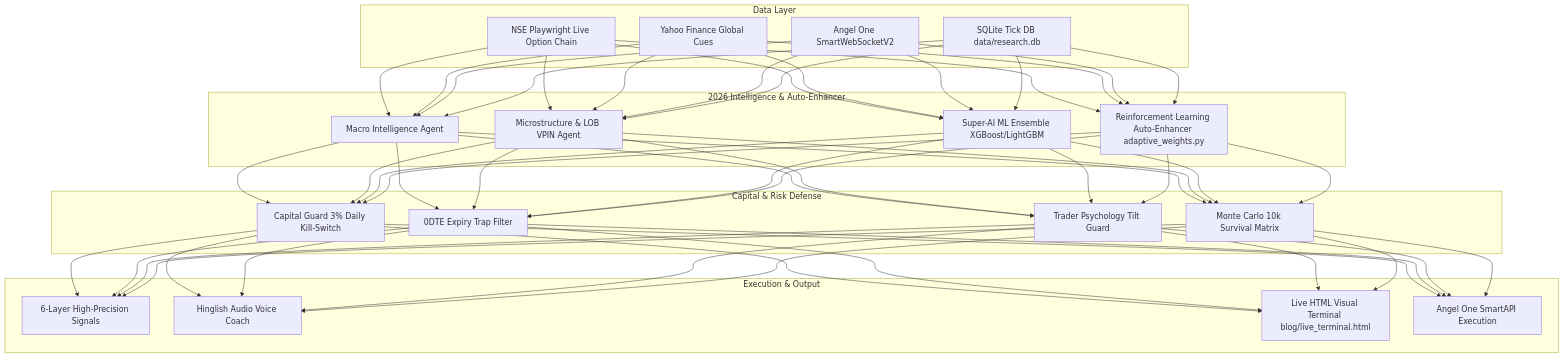
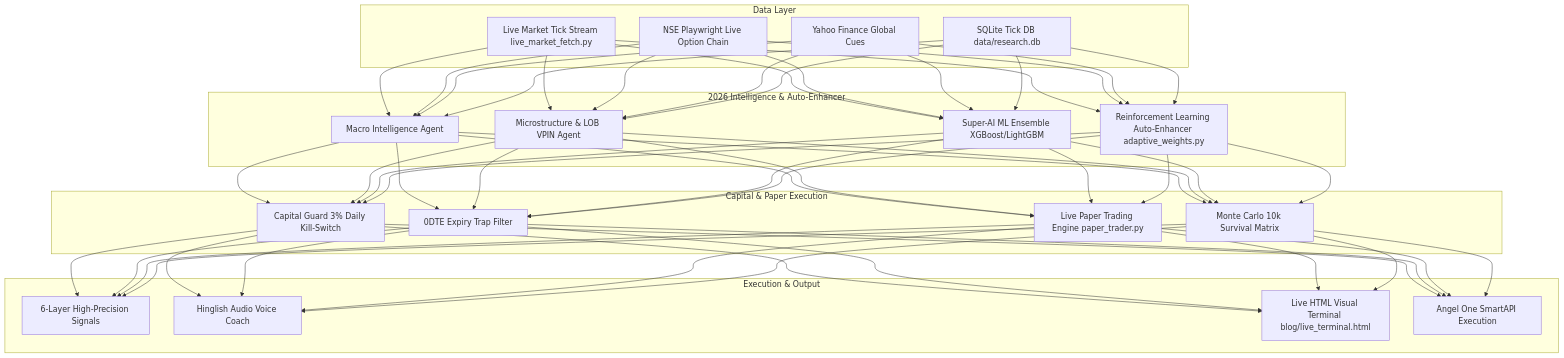
One commit to mohit11kmr/nifty-research changed the diagram in README.md. Above: the diagram before and after it, drawn with Mermaid. The commit also changed other lines of this file and 1 other file, not shown here.

Commit message:
Update run_all.py and README.md with Live Paper Trading & Real-Time Price Sync integration

````diff
--- a/README.md
+++ b/README.md
@@ -27,34 +28,34 @@
 ```mermaid
 flowchart TD
     subgraph Data Layer
-        A1[NSE Playwright Live Option Chain]
-        A2[Yahoo Finance Global Cues]
-        A3[Angel One SmartWebSocketV2]
+        A1[Live Market Tick Stream live_market_fetch.py]
+        A2[NSE Playwright Live Option Chain]
+        A3[Yahoo Finance Global Cues]
         A4[SQLite Tick DB data/research.db]
     end
 
     subgraph 2026 Intelligence & Auto-Enhancer
         B1[Macro Intelligence Agent]
         B2[Microstructure & LOB VPIN Agent]
         B3[Super-AI ML Ensemble XGBoost/LightGBM]
         B4[Reinforcement Learning Auto-Enhancer adaptive_weights.py]
     end
 
-    subgraph Capital & Risk Defense
+    subgraph Capital & Paper Execution
         C1[Capital Guard 3% Daily Kill-Switch]
         C2[0DTE Expiry Trap Filter]
-        C3[Trader Psychology Tilt Guard]
+        C3[Live Paper Trading Engine paper_trader.py]
         C4[Monte Carlo 10k Survival Matrix]
     end
 
     subgraph Execution & Output
         D1[6-Layer High-Precision Signals]
         D2[Hinglish Audio Voice Coach]
         D3[Live HTML Visual Terminal blog/live_terminal.html]
         D4[Angel One SmartAPI Execution]
     end
 
     A1 & A2 & A3 & A4 --> B1 & B2 & B3 & B4
     B1 & B2 & B3 & B4 --> C1 & C2 & C3 & C4
     C1 & C2 & C3 & C4 --> D1 & D2 & D3 & D4
 ```
````
